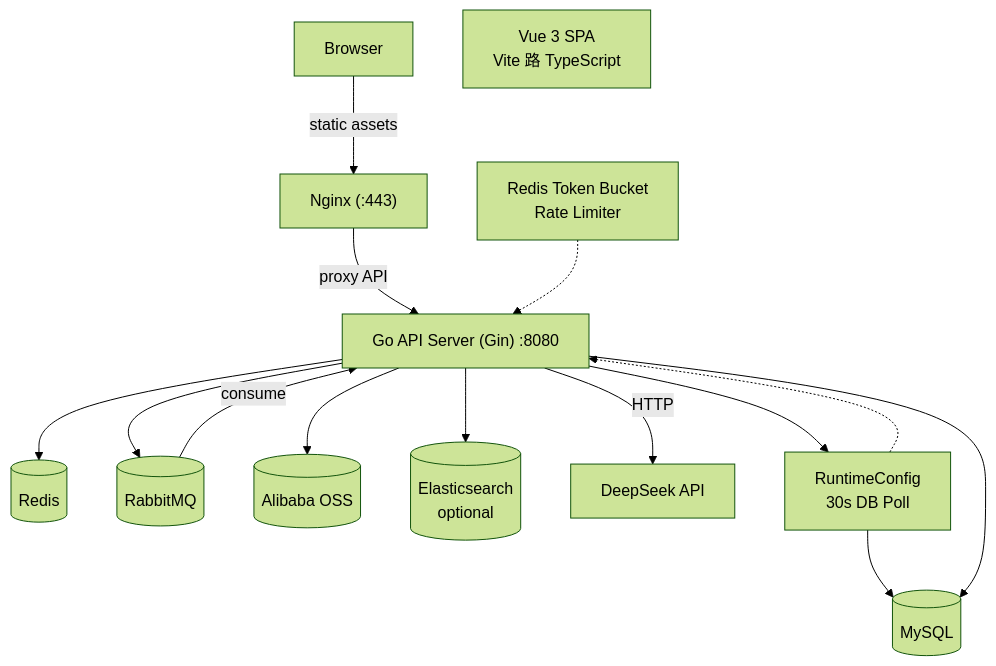
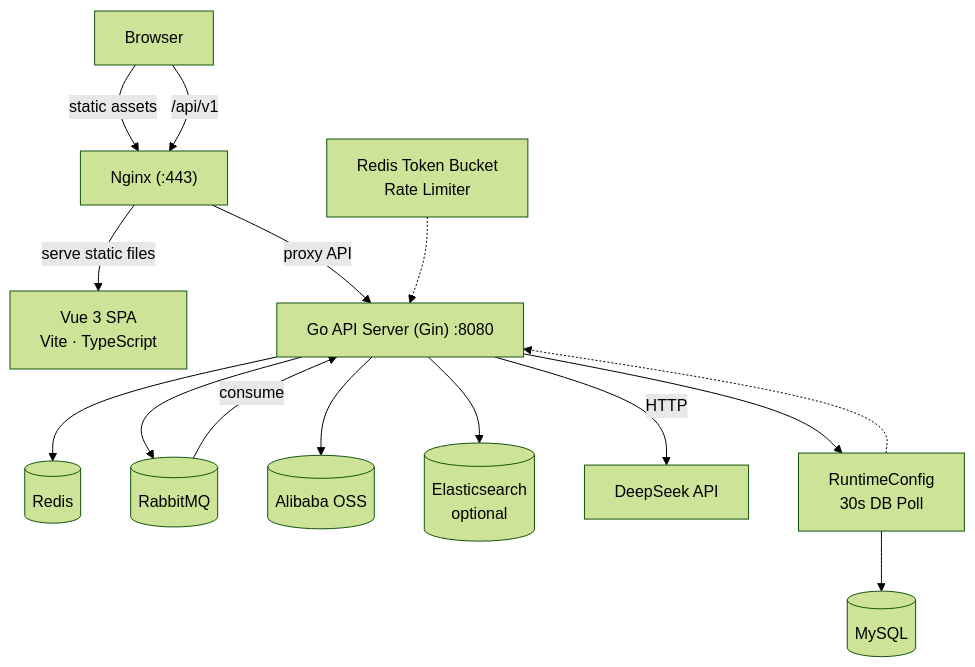
Before and after one commit to earthcake2233/cakecake: the first of 4 diagrams in docs/ARCHITECTURE_EN.md, drawn with Mermaid (forest theme). The commit also changed other lines of this file and 1 other file, not shown here.

Commit message:
fix: restore ARCHITECTURE.md Chinese encoding and sync RuntimeConfig mermaid node

````diff
--- a/docs/ARCHITECTURE_EN.md
+++ b/docs/ARCHITECTURE_EN.md
@@ -7,29 +7,30 @@
 ```mermaid
 graph TB
     Browser["Browser"]
     Nginx["Nginx (:443)"]
 
-    Vue["Vue 3 SPA<br/>Vite 路 TypeScript"]
+    Vue["Vue 3 SPA<br/>Vite · TypeScript"]
     Gin["Go API Server (Gin) :8080"]
 
     MySQL[("MySQL")]
     Redis[("Redis")]
     RMQ[("RabbitMQ")]
     OSS[("Alibaba OSS")]
     ES[("Elasticsearch<br/>optional")]
     DS["DeepSeek API"]
 
     Browser -->|static assets| Nginx
+    Browser -->|/api/v1| Nginx
+    Nginx -->|serve static files| Vue
+    Nginx -->|proxy API| Gin
+    RL["Redis Token Bucket\nRate Limiter"] -.-> Gin
     RC["RuntimeConfig\n30s DB Poll"] -.-> Gin
     Gin --> RC
     RC --> MySQL
-    Nginx -->|proxy API| Gin
-    RL["Redis Token Bucket\nRate Limiter"] -.-> Gin
-    Gin --> MySQL
     Gin --> Redis
     Gin --> RMQ
     Gin --> OSS
     Gin --> ES
     Gin -->|HTTP| DS
     RMQ -->|consume| Gin
 ```
````
